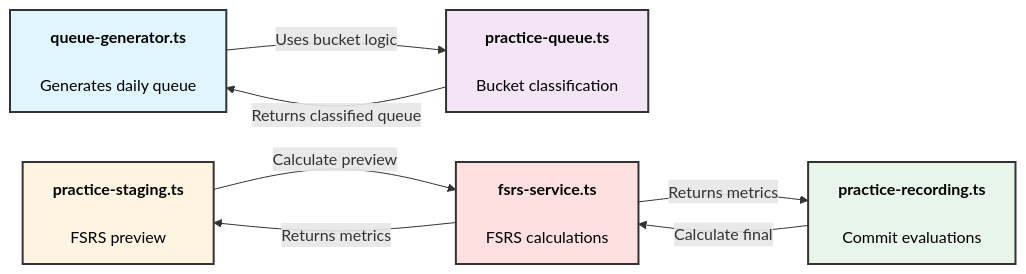
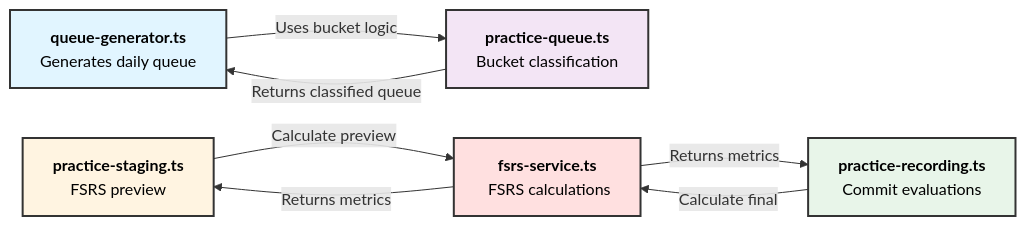
One commit to sboagy/tunetrees changed the diagram in _notes/scheduling-architecture-diagram.md. Above: the diagram before and after it, drawn with Mermaid. The commit also changed 1 other file, not shown here.

Commit message:
📝 more notes docs

````diff
--- a/_notes/scheduling-architecture-diagram.md
+++ b/_notes/scheduling-architecture-diagram.md
@@ -9,26 +9,26 @@
 ```mermaid
 graph LR
-    QG["<b>queue-generator.ts</b><br/><br/>Generates daily queue"]
-    PQ["<b>practice-queue.ts</b><br/><br/>Bucket classification"]
-    PS["<b>practice-staging.ts</b><br/><br/>FSRS preview"]
-    PR["<b>practice-recording.ts</b><br/><br/>Commit evaluations"]
-    FS["<b>fsrs-service.ts</b><br/><br/>FSRS calculations"]
+    QG["<b>queue-generator.ts</b> <br/>Generates daily queue"]
+    PQ["<b>practice-queue.ts</b> <br/>Bucket classification"]
+    PS["<b>practice-staging.ts</b> <br/>FSRS preview"]
+    PR["<b>practice-recording.ts</b> <br/>Commit evaluations"]
+    FS["<b>fsrs-service.ts</b><br/>&nbsp;FSRS calculations"]
 
     %% Queue Generation Flow
     QG -->|Uses bucket logic| PQ
     PQ -->|Returns classified queue| QG
 
     %% Staging Flow (User selects dropdown)
     PS -->|Calculate preview| FS
     FS -->|Returns metrics| PS
 
     %% Recording Flow (User clicks Submit)
     PR -->|Calculate final| FS
     FS -->|Returns metrics| PR
 
     style QG fill:#e1f5ff,stroke:#333,stroke-width:2px,color:#000
     style PQ fill:#f3e5f5,stroke:#333,stroke-width:2px,color:#000
     style PS fill:#fff4e1,stroke:#333,stroke-width:2px,color:#000
     style PR fill:#e8f5e9,stroke:#333,stroke-width:2px,color:#000
     style FS fill:#ffe0e0,stroke:#333,stroke-width:2px,color:#000
 ```
````
